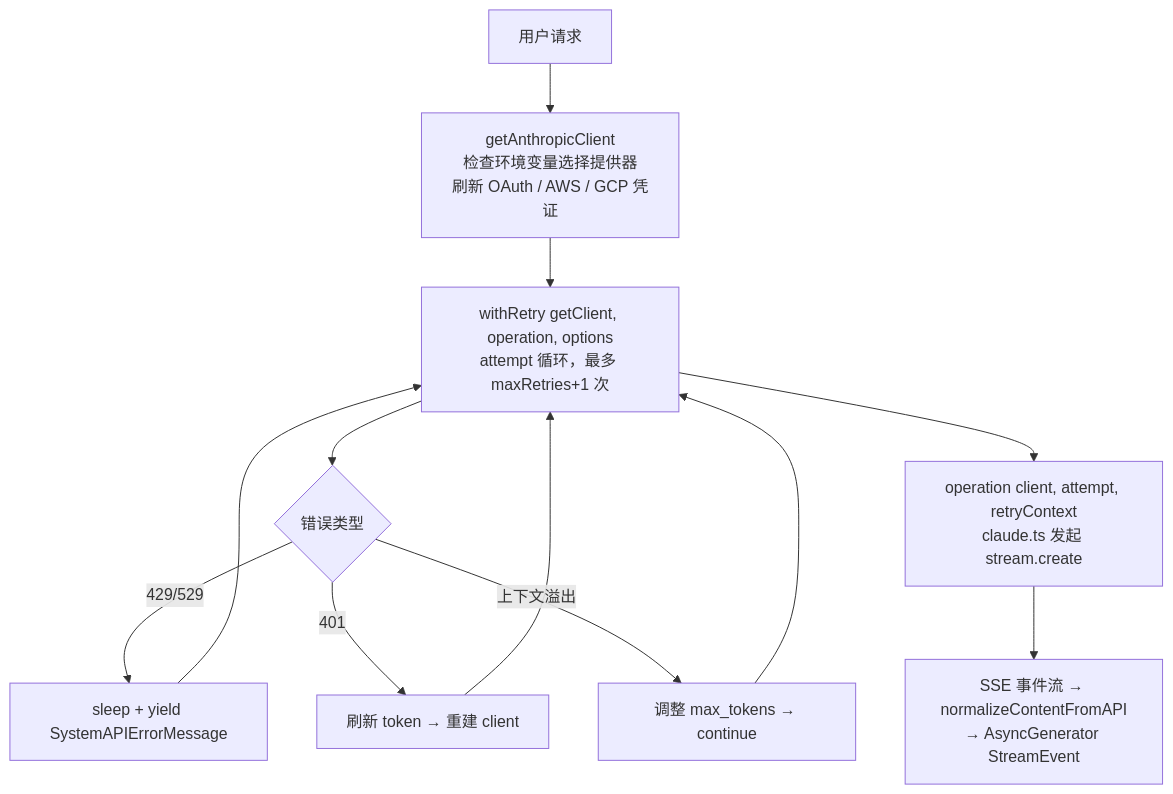
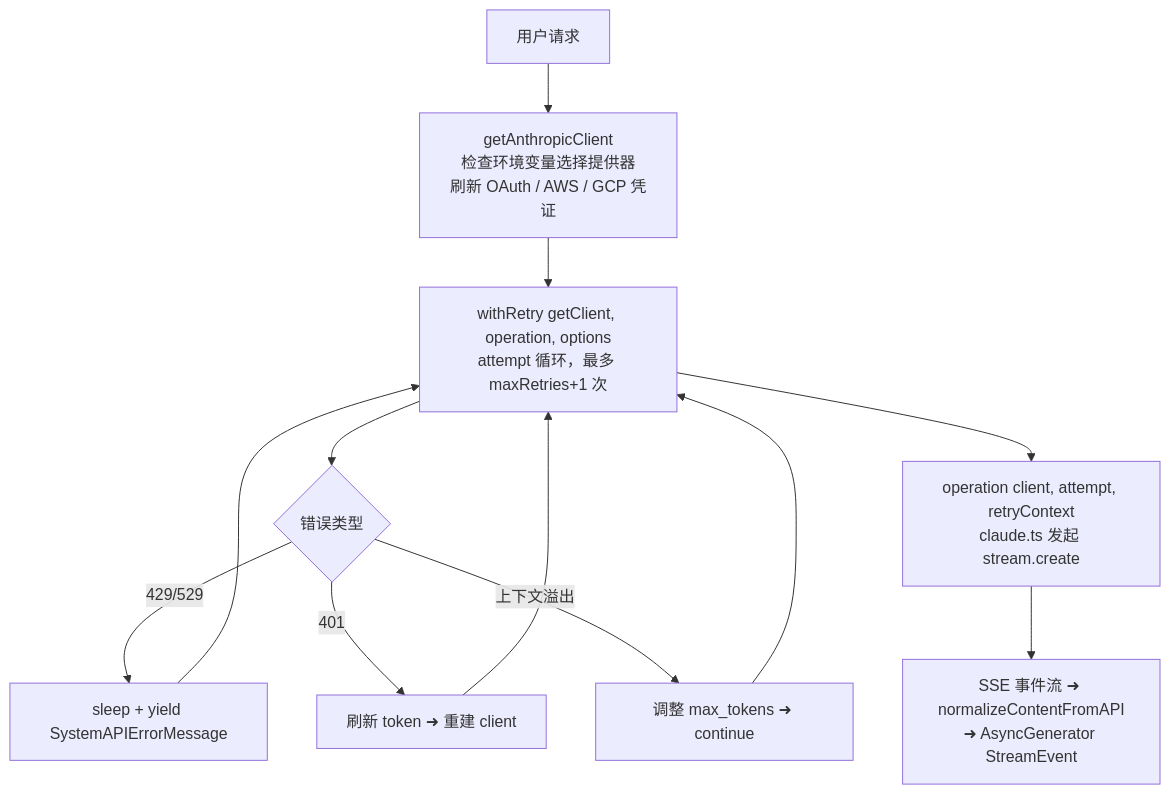
One commit to TsekaLuk/claude-code-notes changed the second of 3 diagrams in 06-服务与基础/01-services-api.md. Above: the diagram before and after it, drawn with Mermaid. The commit also changed other lines of this file and 9 other files, not shown here.

Commit message:
docs: add generated full pdf with clickable toc and stabilized mermaid diagrams

````diff
--- a/06-服务与基础/01-services-api.md
+++ b/06-服务与基础/01-services-api.md
@@ -48,14 +48,14 @@
 ```mermaid
 flowchart TD
     A[用户请求] --> B[getAnthropicClient\n检查环境变量选择提供器\n刷新 OAuth / AWS / GCP 凭证]
     B --> C[withRetry getClient, operation, options\nattempt 循环，最多 maxRetries+1 次]
     C --> D{错误类型}
-    D -- 429/529 --> E[sleep + yield SystemAPIErrorMessage]
-    D -- 401 --> F[刷新 token → 重建 client]
-    D -- 上下文溢出 --> G[调整 max_tokens → continue]
+    D -- "429/529" --> E[sleep + yield SystemAPIErrorMessage]
+    D -- "401" --> F[刷新 token ➜ 重建 client]
+    D -- "上下文溢出" --> G[调整 max_tokens ➜ continue]
     E --> C
     F --> C
     G --> C
     C --> H[operation client, attempt, retryContext\nclaude.ts 发起 stream.create]
-    H --> I[SSE 事件流 → normalizeContentFromAPI\n→ AsyncGenerator StreamEvent]
+    H --> I[SSE 事件流 ➜ normalizeContentFromAPI\n➜ AsyncGenerator StreamEvent]
 ```
````
